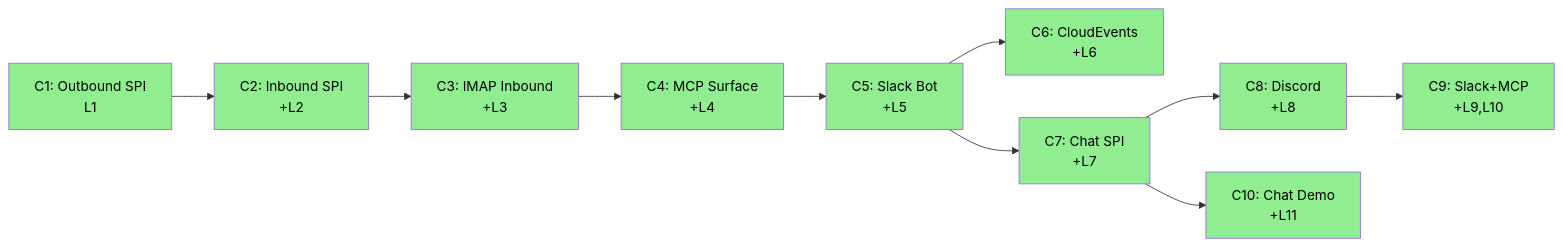
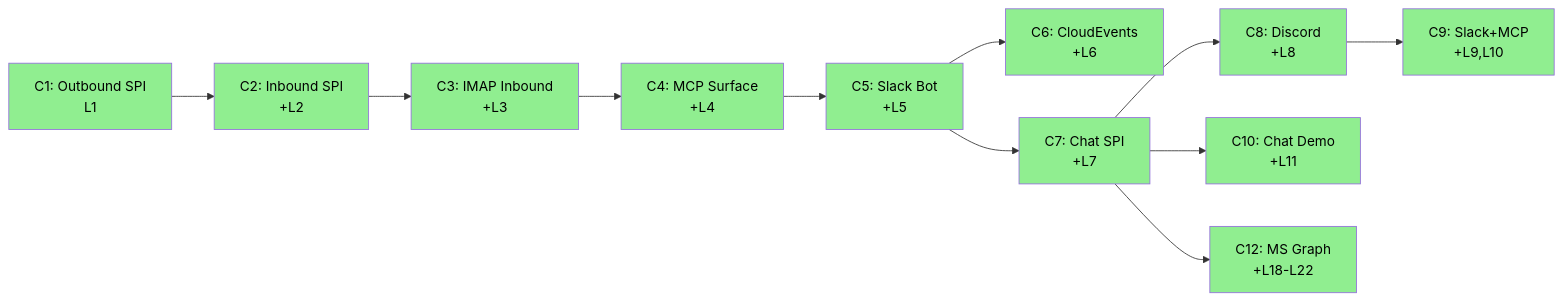
One commit to casehubio/connectors changed the eighth of 8 diagrams in ARC42STORIES.MD. Above: the diagram before and after it, drawn with Mermaid. The commit also changed other lines of this file, not shown here.

First line of the commit message:
docs(#226): add Microsoft Graph providers chapter to ARC42STORIES

````diff
--- a/ARC42STORIES.MD
+++ b/ARC42STORIES.MD
@@ -499,22 +502,24 @@
 ```mermaid
 flowchart LR
   C1["C1: Outbound SPI\nL1"] --> C2["C2: Inbound SPI\n+L2"]
   C2 --> C3["C3: IMAP Inbound\n+L3"]
   C3 --> C4["C4: MCP Surface\n+L4"]
   C4 --> C5["C5: Slack Bot\n+L5"]
   C5 --> C6["C6: CloudEvents\n+L6"]
   C5 --> C7["C7: Chat SPI\n+L7"]
   C7 --> C8["C8: Discord\n+L8"]
   C7 --> C10["C10: Chat Demo\n+L11"]
   C8 --> C9["C9: Slack+MCP\n+L9,L10"]
+  C7 --> C12["C12: MS Graph\n+L18-L22"]
   style C1 fill:#90EE90,color:#000
   style C2 fill:#90EE90,color:#000
   style C3 fill:#90EE90,color:#000
   style C4 fill:#90EE90,color:#000
   style C5 fill:#90EE90,color:#000
   style C6 fill:#90EE90,color:#000
   style C7 fill:#90EE90,color:#000
   style C8 fill:#90EE90,color:#000
   style C9 fill:#90EE90,color:#000
   style C10 fill:#90EE90,color:#000
+  style C12 fill:#90EE90,color:#000
 ```
````
